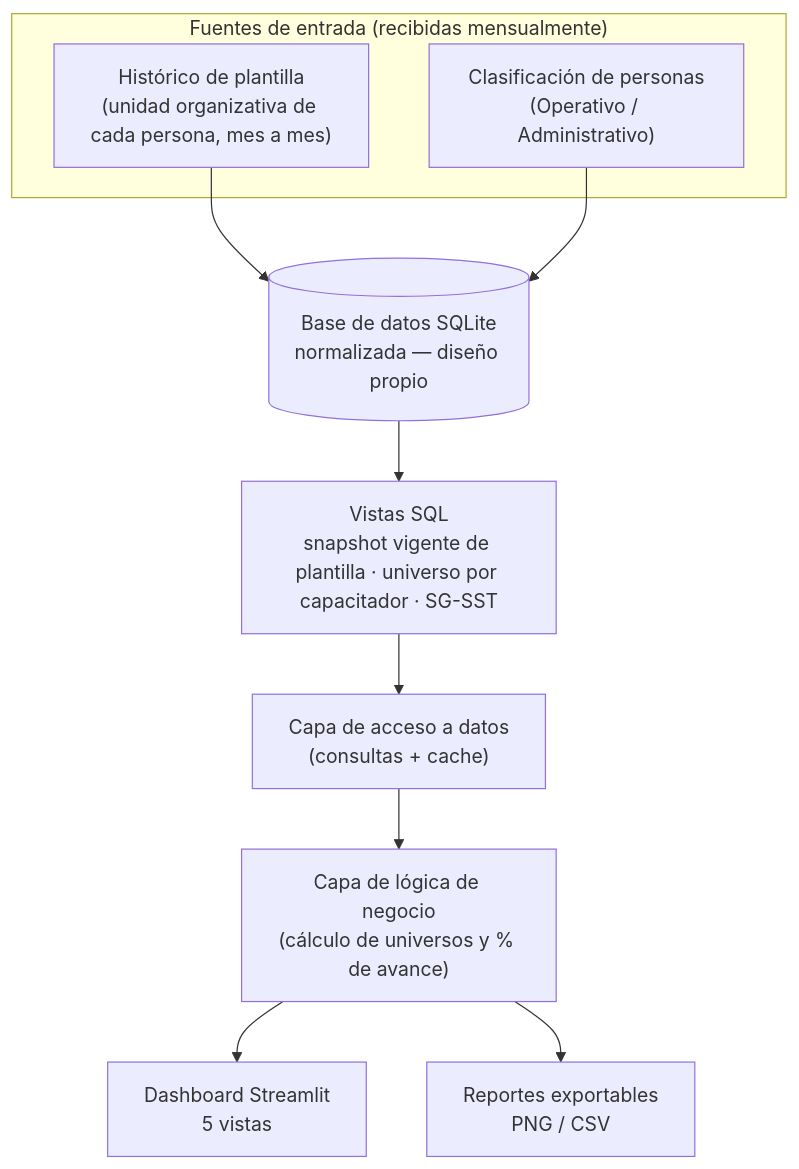
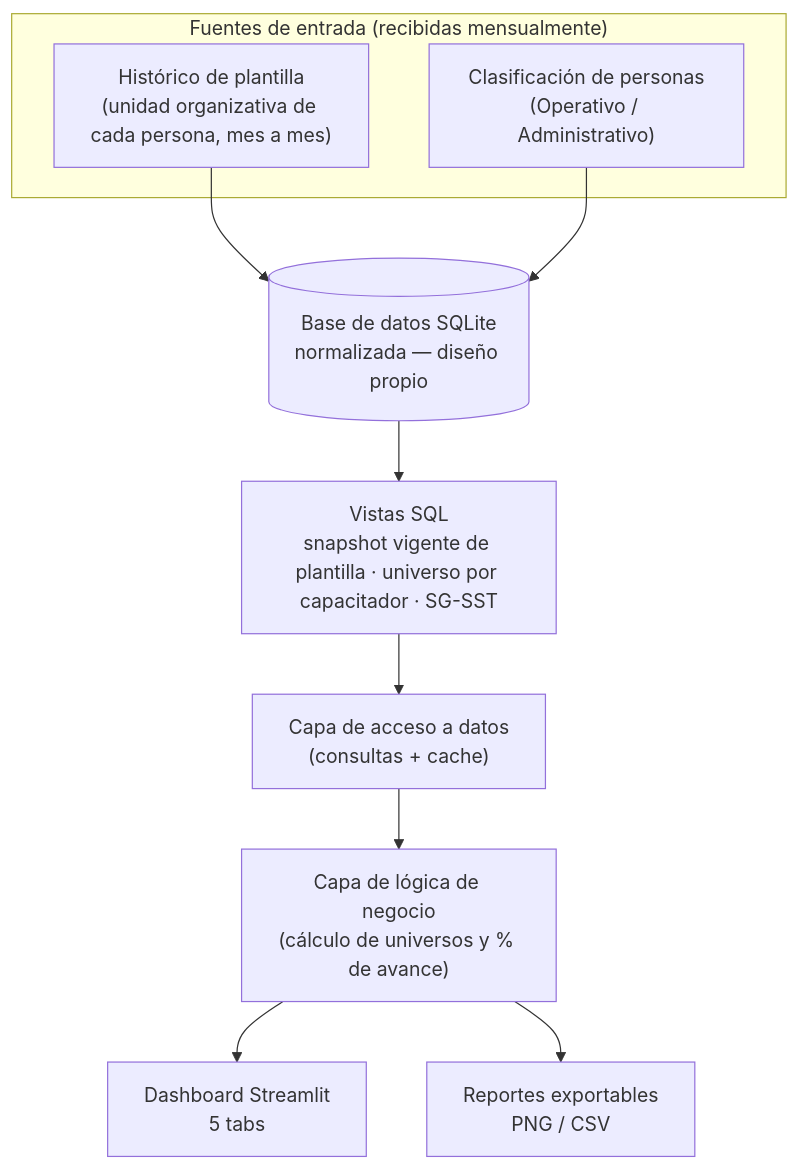
Before and after one commit to jminolli-e/case-studies: the second of 5 diagrams in charla-5-min/README.md, drawn with Mermaid.

````diff
--- a/charla-5-min/README.md
+++ b/charla-5-min/README.md
@@ -66,14 +66,14 @@
 ```mermaid
 flowchart TB
     subgraph Entrada["Fuentes de entrada (recibidas mensualmente)"]
         A1["Histórico de plantilla<br/>(unidad organizativa de cada persona, mes a mes)"]
         A2["Clasificación de personas<br/>(Operativo / Administrativo)"]
     end
     A1 --> DB[("Base de datos SQLite<br/>normalizada — diseño propio")]
     A2 --> DB
     DB --> V["Vistas SQL<br/>snapshot vigente de plantilla · universo por capacitador · SG-SST"]
     V --> L["Capa de acceso a datos<br/>(consultas + cache)"]
     L --> N["Capa de lógica de negocio<br/>(cálculo de universos y % de avance)"]
-    N --> UI["Dashboard Streamlit<br/>5 vistas"]
+    N --> UI["Dashboard Streamlit<br/>5 tabs"]
     N --> R["Reportes exportables<br/>PNG / CSV"]
 ```
````
